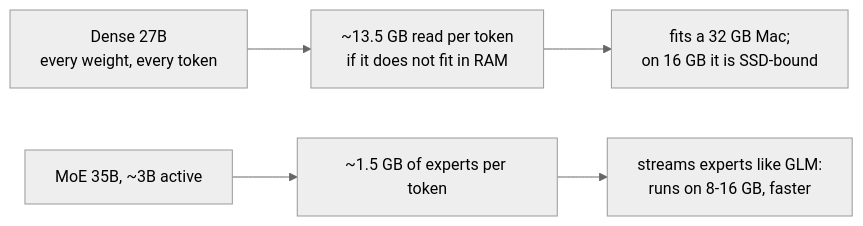
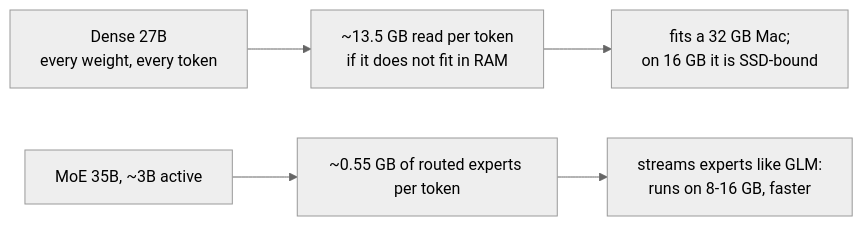
One commit to KakkoiDev/colibri-poc changed the first of 2 diagrams in docs/13-small-models.md. Above: the diagram before and after it, drawn with Mermaid (neutral theme). The commit also changed other lines of this file and 9 other files, not shown here.

First line of the commit message:
Ollama backend for the quality bench; settle the Qwen architectures (sm-arch-check)

````diff
--- a/docs/13-small-models.md
+++ b/docs/13-small-models.md
@@ -28,7 +35,7 @@
 ```mermaid
 flowchart LR
     D[Dense 27B<br/>every weight, every token] --> D1[~13.5 GB read per token<br/>if it does not fit in RAM]
     D1 --> D2[fits a 32 GB Mac;<br/>on 16 GB it is SSD-bound]
-    M[MoE 35B, ~3B active] --> M1[~1.5 GB of experts per token]
+    M[MoE 35B, ~3B active] --> M1[~0.55 GB of routed experts per token]
     M1 --> M2[streams experts like GLM:<br/>runs on 8-16 GB, faster]
 ```
````
